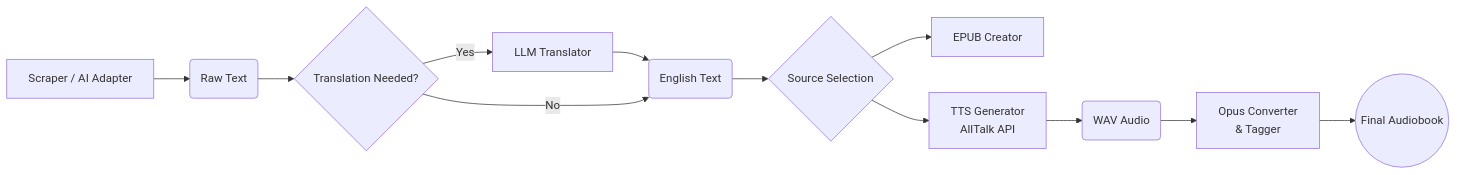
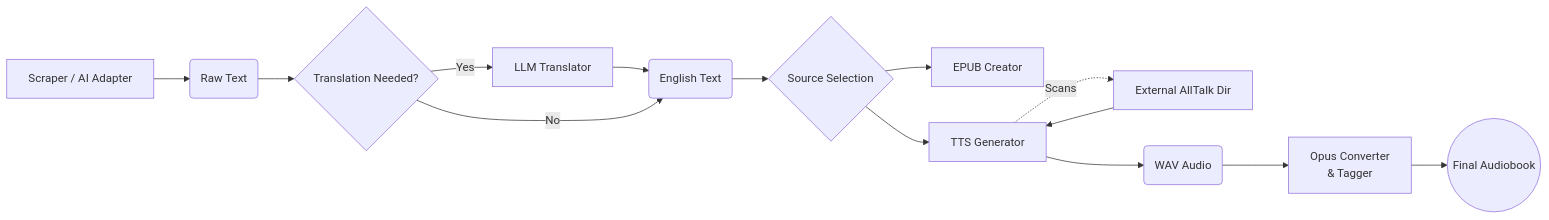
One commit to erlint1212/audiobook_creator changed the diagram in README.md. Above: the diagram before and after it, drawn with Mermaid. The commit also changed other lines of this file and 4 other files, not shown here.

````diff
--- a/README.md
+++ b/README.md
@@ -29,15 +30,17 @@
 ```mermaid
 graph LR
     A[Scraper / AI Adapter] --> B(Raw Text)
     B --> C{Translation Needed?}
     C -- Yes --> D[LLM Translator]
     D --> E(English Text)
     C -- No --> E
     E --> F{Source Selection}
     F --> G[EPUB Creator]
-    F --> H[TTS Generator \n AllTalk API]
+    F --> H[TTS Generator]
+    H -.->|Scans| H1[External AllTalk Dir]
+    H1 --> H
     H --> I(WAV Audio)
     I --> J[Opus Converter \n & Tagger]
     J --> K((Final Audiobook))
 
 ```
````
